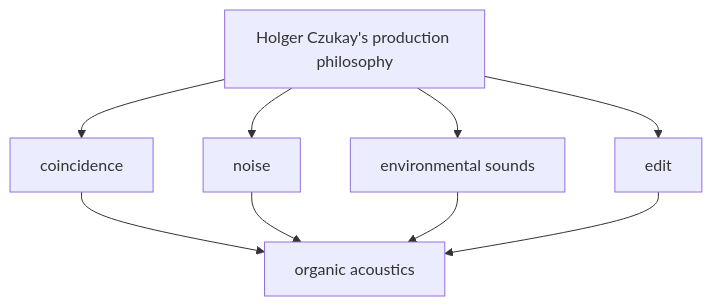
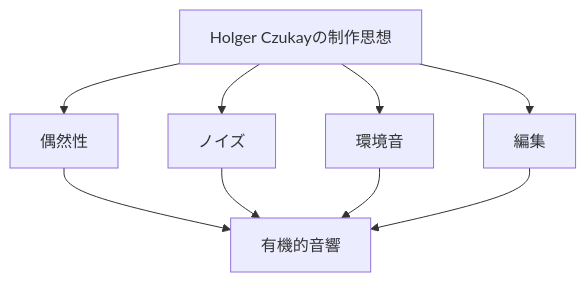
One commit to monumental-movement/monumental-movement.github.io changed the seventh of 8 diagrams in en/_posts/2026-05-16-column-holger-czukay.md. Above: the diagram before and after it, drawn with Mermaid. The commit also changed other lines of this file and 2196 other files, not shown here.

```diff
--- a/en/_posts/2026-05-16-column-holger-czukay.md
+++ b/en/_posts/2026-05-16-column-holger-czukay.md
@@ -418,11 +417,11 @@
 <div class="mermaid">
 graph TD
-A[Holger Czukay's production philosophy] --> B[coincidence]
-A --> C[noise]
-A --> D[environmental sounds]
-A --> E[edit]
-B --> F[organic acoustics]
+A[Holger Czukayの制作思想] --> B[偶然性]
+A --> C[ノイズ]
+A --> D[環境音]
+A --> E[編集]
+B --> F[有機的音響]
 C --> F
 D --> F
 E --> F
 </div>
```
